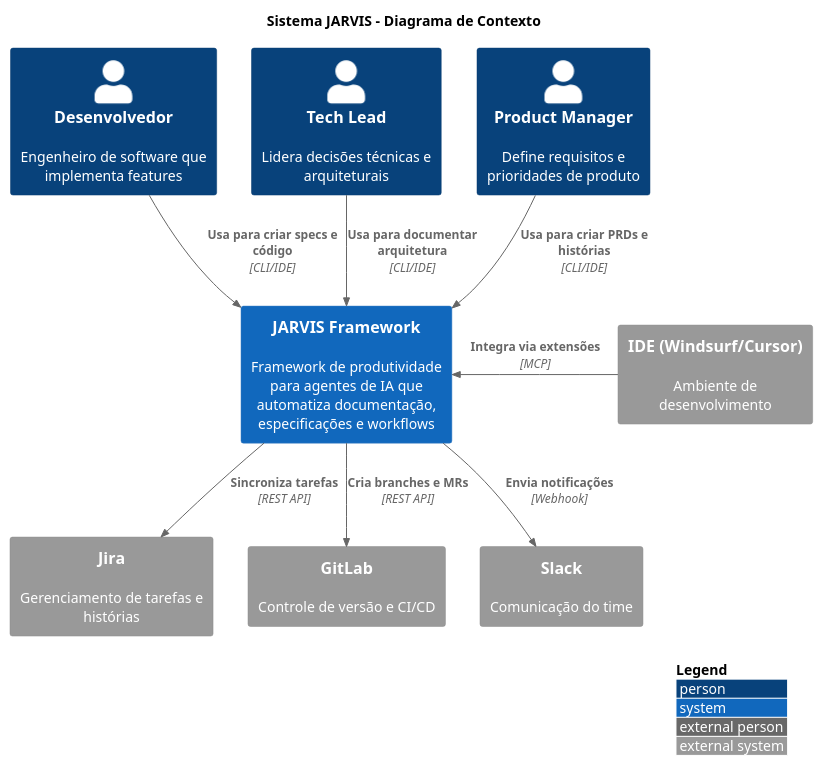
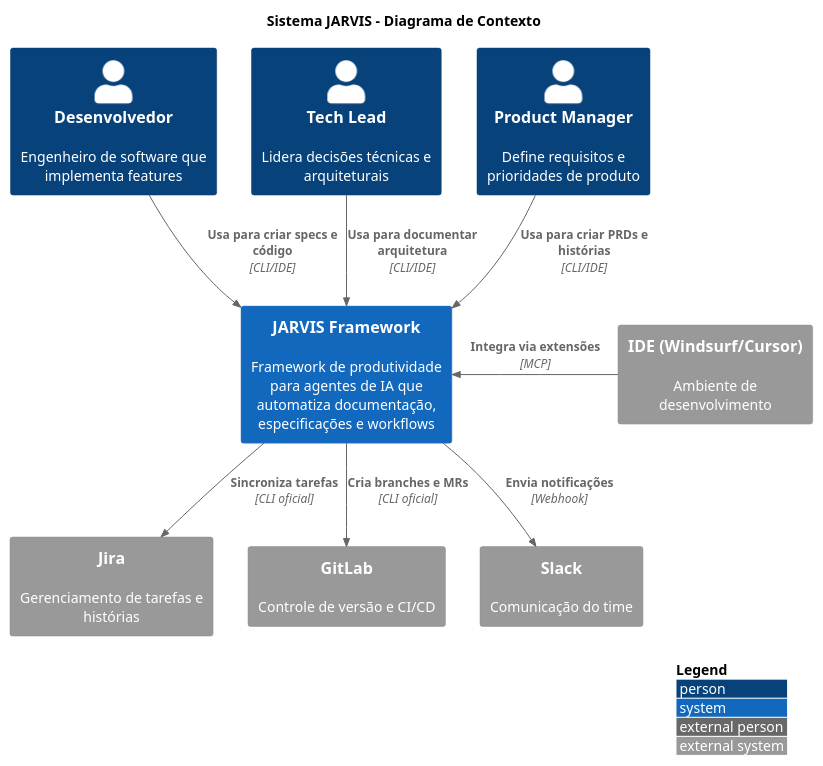
Before and after one commit to phelipperibeiro/jarvis-framework: the diagram in skills/eng-backend-arch-c4/assets/example-context.md, drawn with PlantUML. The commit also changed other lines of this file and 75 other files, not shown here.

````diff
--- a/skills/eng-backend-arch-c4/assets/example-context.md
+++ b/skills/eng-backend-arch-c4/assets/example-context.md
@@ -9,35 +9,35 @@
 ```plantuml
 @startuml C4_Context
 !include https://raw.githubusercontent.com/plantuml-stdlib/C4-PlantUML/master/C4_Context.puml
 
 LAYOUT_TOP_DOWN()
 LAYOUT_WITH_LEGEND()
 
 title Sistema JARVIS - Diagrama de Contexto
 
 ' === PERSONAS ===
 Person(dev, "Desenvolvedor", "Engenheiro de software que implementa features")
 Person(tech_lead, "Tech Lead", "Lidera decisões técnicas e arquiteturais")
 Person(pm, "Product Manager", "Define requisitos e prioridades de produto")
 
 ' === SISTEMA PRINCIPAL ===
 System(jarvis, "JARVIS Framework", "Framework de produtividade para agentes de IA que automatiza documentação, especificações e workflows")
 
 ' === SISTEMAS EXTERNOS ===
 System_Ext(jira, "Jira", "Gerenciamento de tarefas e histórias")
 System_Ext(gitlab, "GitLab", "Controle de versão e CI/CD")
 System_Ext(slack, "Slack", "Comunicação do time")
 System_Ext(ide, "IDE (Windsurf/Cursor)", "Ambiente de desenvolvimento")
 
 ' === RELACIONAMENTOS ===
 Rel(dev, jarvis, "Usa para criar specs e código", "CLI/IDE")
 Rel(tech_lead, jarvis, "Usa para documentar arquitetura", "CLI/IDE")
 Rel(pm, jarvis, "Usa para criar PRDs e histórias", "CLI/IDE")
 
-Rel(jarvis, jira, "Sincroniza tarefas", "REST API")
-Rel(jarvis, gitlab, "Cria branches e MRs", "REST API")
+Rel(jarvis, jira, "Sincroniza tarefas", "CLI oficial")
+Rel(jarvis, gitlab, "Cria branches e MRs", "CLI oficial")
 Rel(jarvis, slack, "Envia notificações", "Webhook")
 Rel_L(ide, jarvis, "Integra via extensões", "MCP")
 
 @enduml
 ```
````
